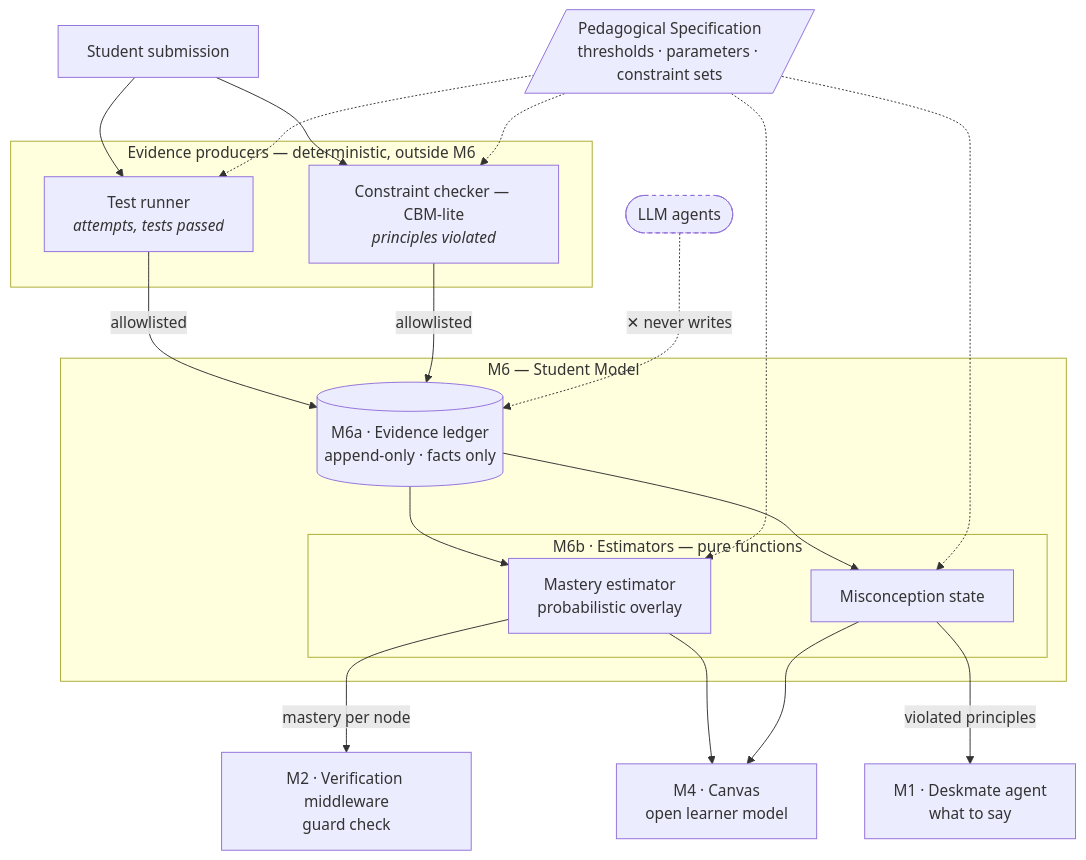
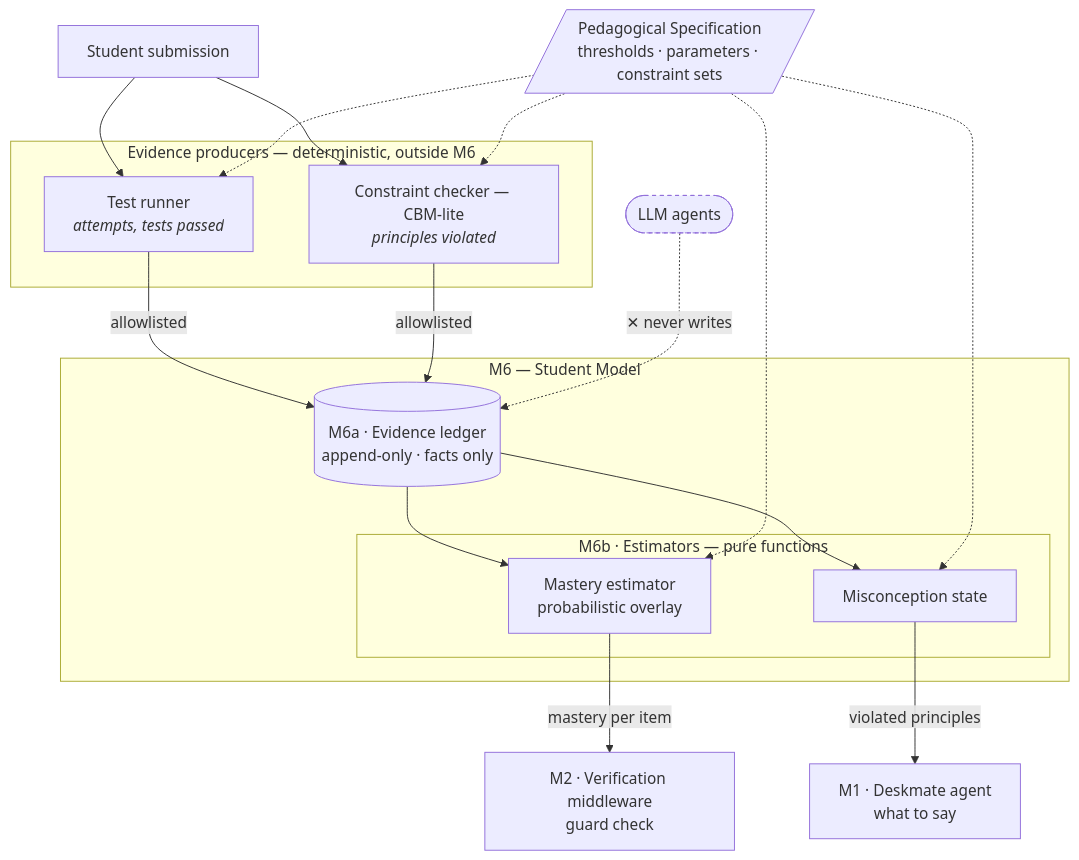
One commit to Bill2926/COS40005_HN9_Verifiable_Co-Learner_Agent changed the diagram in system_research/M6-Student-Model.md. Above: the diagram before and after it, drawn with Mermaid. The commit also changed other lines of this file and 8 other files, not shown here.

````diff
--- a/system_research/M6-Student-Model.md
+++ b/system_research/M6-Student-Model.md
@@ -29,46 +29,43 @@
 ```mermaid
 flowchart TB
     SUB["Student submission"]
 
     subgraph PROD["Evidence producers — deterministic, outside M6"]
         TR["Test runner<br/><i>attempts, tests passed</i>"]
         CC["Constraint checker — CBM-lite<br/><i>principles violated</i>"]
     end
 
     subgraph M6["M6 — Student Model"]
         LEDGER[("M6a · Evidence ledger<br/>append-only · facts only")]
 
         subgraph EST["M6b · Estimators — pure functions"]
             MAST["Mastery estimator<br/>probabilistic overlay"]
             MISC["Misconception state"]
         end
     end
 
     SPEC[/"Pedagogical Specification<br/>thresholds · parameters · constraint sets"/]
 
     M2["M2 · Verification middleware<br/>guard check"]
     M1["M1 · Deskmate agent<br/>what to say"]
-    M4["M4 · Canvas<br/>open learner model"]
 
     SUB --> TR
     SUB --> CC
     TR -->|allowlisted| LEDGER
     CC -->|allowlisted| LEDGER
 
     LEDGER --> MAST
     LEDGER --> MISC
     SPEC -.-> MAST
     SPEC -.-> MISC
     SPEC -.-> CC
     SPEC -.-> TR
 
-    MAST -->|"mastery per node"| M2
+    MAST -->|"mastery per item"| M2
     MISC -->|"violated principles"| M1
-    MAST --> M4
-    MISC --> M4
 
     LLM(["LLM agents"]) -.->|"✕ never writes"| LEDGER
 
     classDef blocked stroke-dasharray: 4 4
     class LLM blocked
 ```
````
